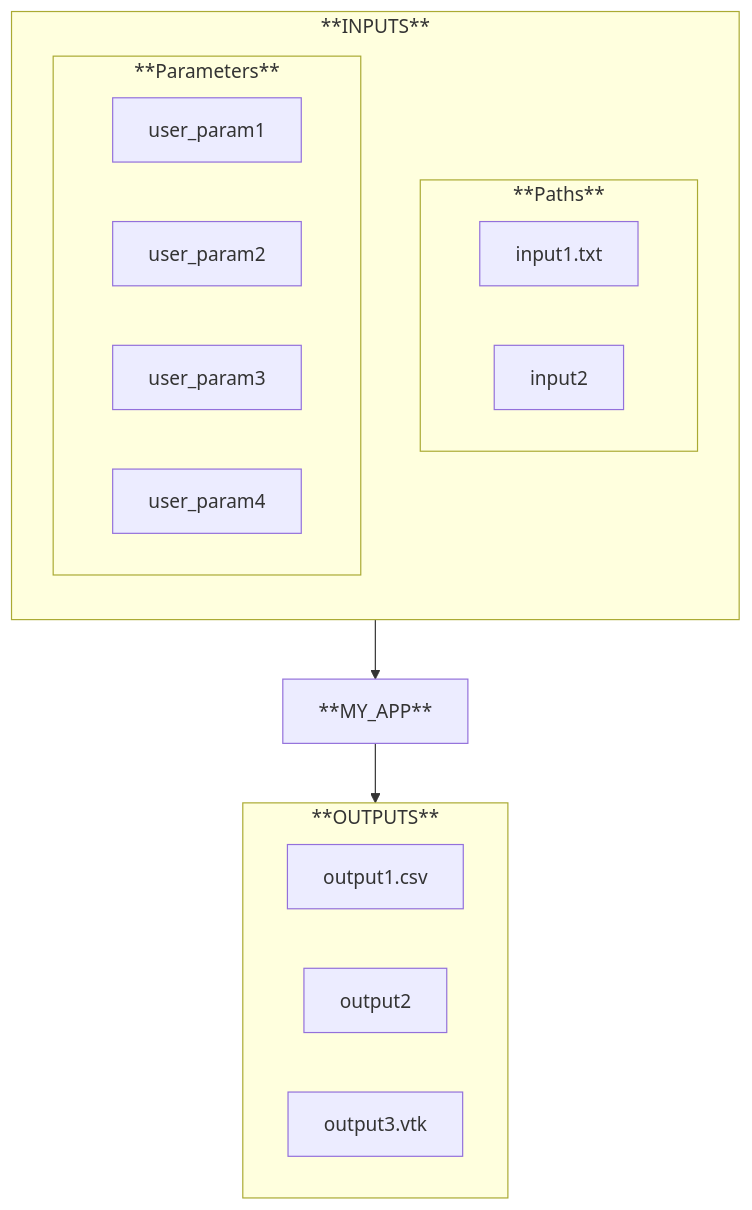
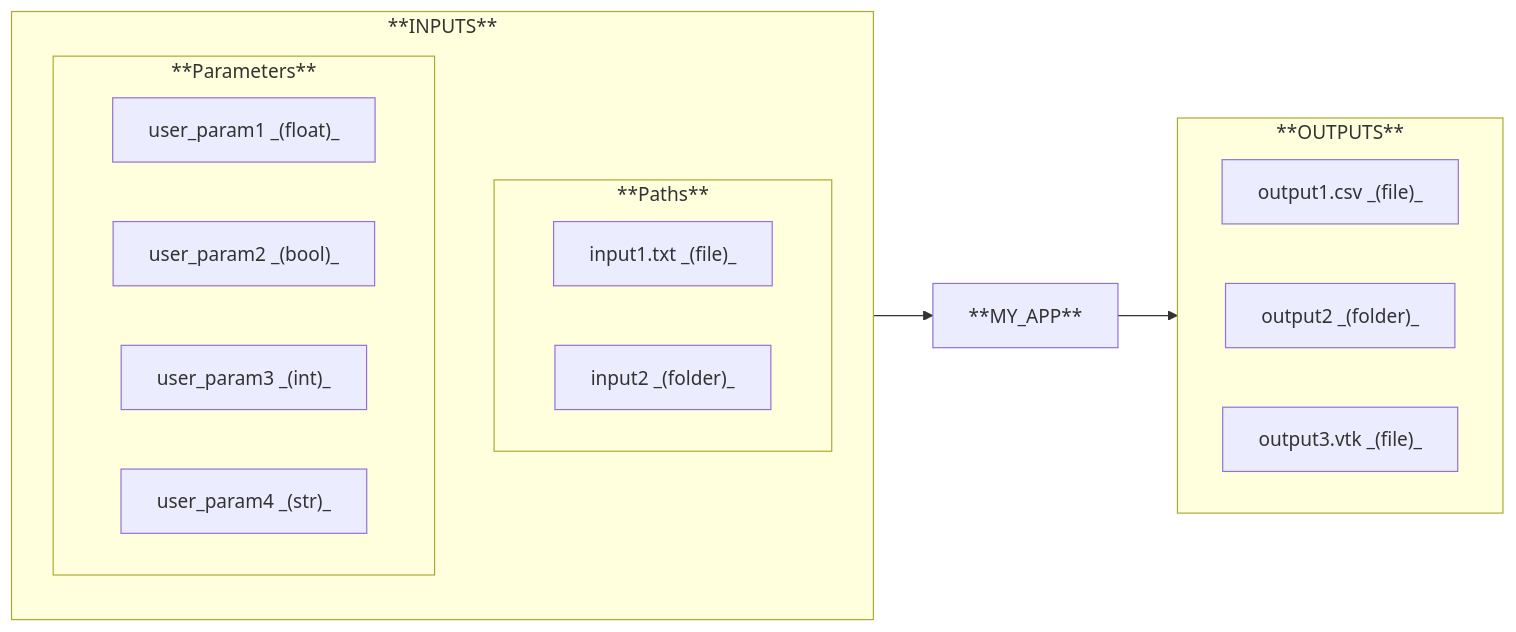
Diagram 12 of 12 in README.md (nuremics/nuremics), drawn with Mermaid before and after one commit.

````diff
--- a/README.md
+++ b/README.md
@@ -347,25 +347,30 @@
 ```mermaid
-flowchart TB
+flowchart LR
   subgraph **INPUTS**
     direction TB
+
     subgraph **Paths**
-        direction RL
-        input1.txt
-        input2
+      direction LR
+      path1["input1.txt _(file)_"]
+      path2["input2 _(folder)_"]
     end
+
     subgraph **Parameters**
-        direction RL
-        user_param1
-        user_param2
-        user_param3
-        user_param4
+      direction LR
+      param1["user_param1 _(float)_"]
+      param2["user_param2 _(bool)_"]
+      param3["user_param3 _(int)_"]
+      param4["user_param4 _(str)_"]
     end
   end
+
   subgraph **OUTPUTS**
     direction RL
-      output1.csv
-      output2
-      output3.vtk
+    out1["output1.csv _(file)_"]
+    out2["output2 _(folder)_"]
+    out3["output3.vtk _(file)_"]
   end
-  **INPUTS** --> **MY_APP** --> **OUTPUTS**
+
+  **INPUTS** --> MY_APP["**MY_APP**"]
+  MY_APP --> **OUTPUTS**
 ```
````
